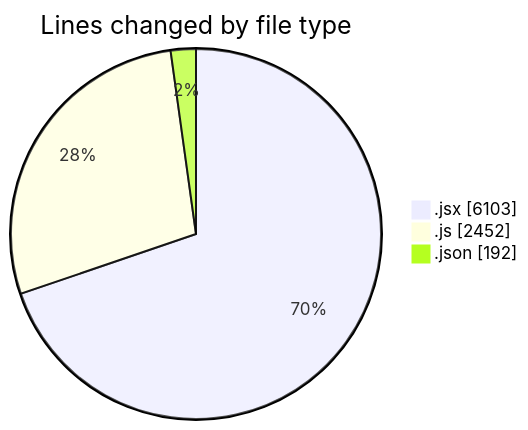
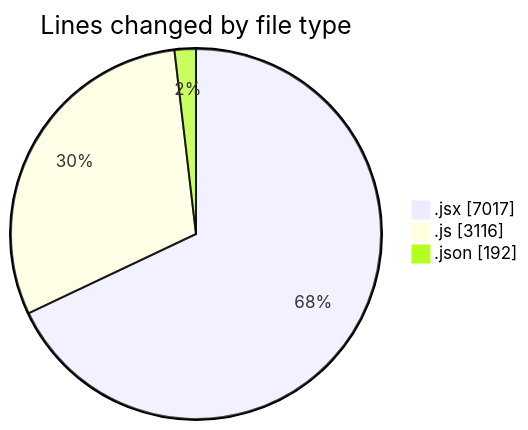
The first of 2 diagrams in 2025-08-06/nxtqube_webapp/README.md (nxtqubesakshisongat/code-tracking), drawn with Mermaid before and after one commit. The commit also changed other lines of this file and 1 other file, not shown here.

````diff
--- a/2025-08-06/nxtqube_webapp/README.md
+++ b/2025-08-06/nxtqube_webapp/README.md
@@ -31,7 +31,7 @@
 ```mermaid
 pie showData
 title Lines changed by file type
-".jsx" : 6103
-".js" : 2452
+".jsx" : 7017
+".js" : 3116
 ".json" : 192
 ```
````
